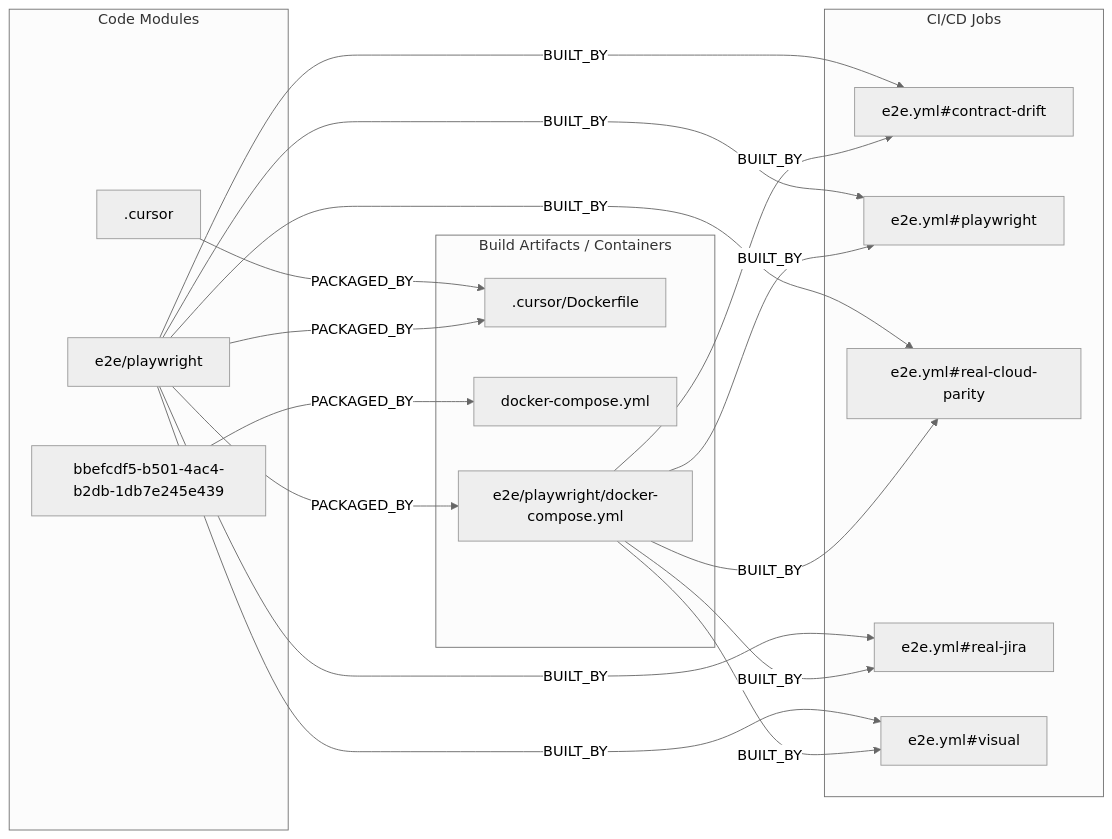
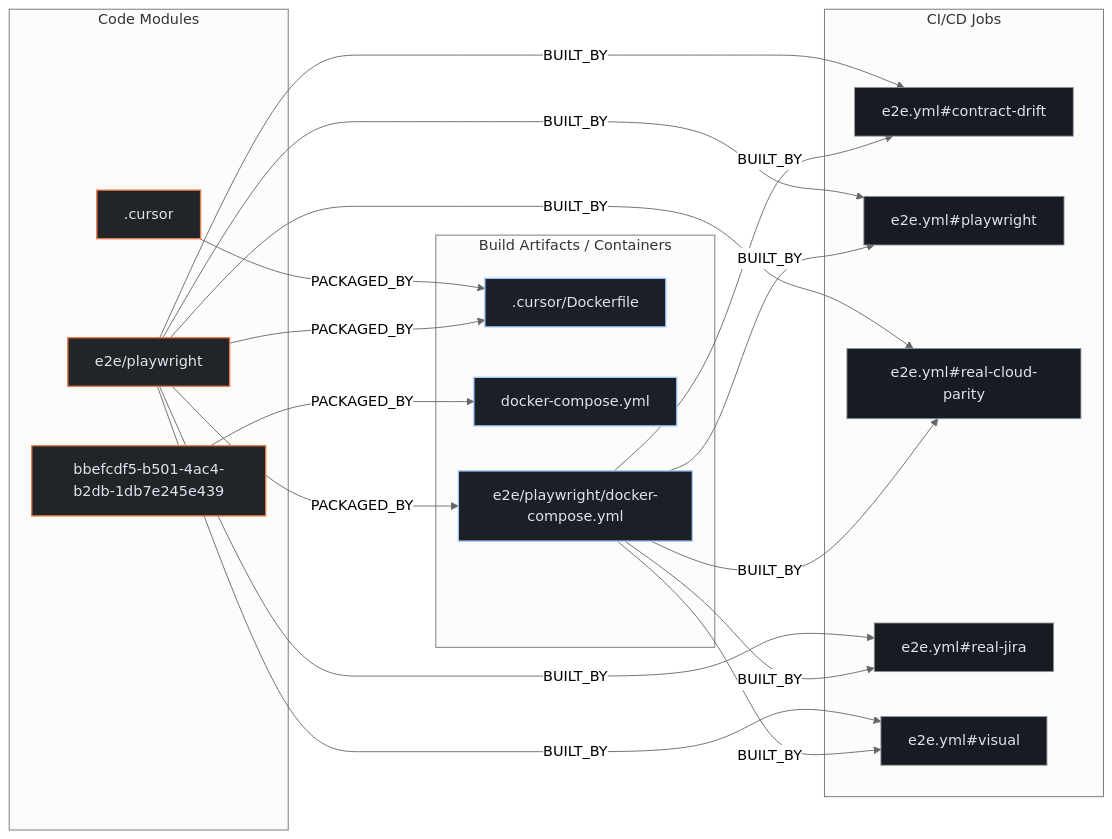
One commit to kumarshaz/atruss-code-atlas changed the second of 3 diagrams in exports/latest/reports/mattermost-mattermost-plugin-jira-report.md. Above: the diagram before and after it, drawn with Mermaid (neutral theme). The commit also changed other lines of this file and 331 other files, not shown here.

Commit message:
docs,ui,fix: update SDLC docs, reorder CI/CD DAG first, stylize Mermaid, and fix Arc42 pipeline topology

````diff
--- a/exports/latest/reports/mattermost-mattermost-plugin-jira-report.md
+++ b/exports/latest/reports/mattermost-mattermost-plugin-jira-report.md
@@ -142,34 +149,38 @@
 ```mermaid
 flowchart LR
+    classDef atlasCategory fill:#212428,stroke:#E87A48,stroke-width:1.5px,color:#dfe3eb
+    classDef atlasWorkflow fill:#1b2026,stroke:#a3c9ff,stroke-width:1.5px,color:#dfe3eb
+    classDef atlasJob fill:#171c22,stroke:#8d9199,stroke-width:1px,color:#dfe3eb
+    classDef atlasTarget fill:#005227,stroke:#8bd99b,stroke-width:1.5px,color:#a7f6b6
     subgraph code_modules["Code Modules"]
-        mod__cursor[".cursor"]
-        mod_bbefcdf5_b501_4ac4_b2db_1db7e245e439["bbefcdf5-b501-4ac4-b2db-1db7e245e439"]
-        mod_e2e_playwright["e2e/playwright"]
+        mod__cursor[".cursor"]:::atlasCategory
+        mod_bbefcdf5_b501_4ac4_b2db_1db7e245e439["bbefcdf5-b501-4ac4-b2db-1db7e245e439"]:::atlasCategory
+        mod_e2e_playwright["e2e/playwright"]:::atlasCategory
     end
     subgraph build_artifacts["Build Artifacts / Containers"]
-        art__cursor_Dockerfile[".cursor/Dockerfile"]
-        art_docker_compose_yml["docker-compose.yml"]
-        art_e2e_playwright_docker_compose_yml["e2e/playwright/docker-compose.yml"]
+        art__cursor_Dockerfile[".cursor/Dockerfile"]:::atlasWorkflow
+        art_docker_compose_yml["docker-compose.yml"]:::atlasWorkflow
+        art_e2e_playwright_docker_compose_yml["e2e/playwright/docker-compose.yml"]:::atlasWorkflow
     end
     subgraph ci_jobs["CI/CD Jobs"]
-        job_e2e_yml_contract_drift["e2e.yml#contract-drift"]
-        job_e2e_yml_playwright["e2e.yml#playwright"]
-        job_e2e_yml_real_cloud_parity["e2e.yml#real-cloud-parity"]
-        job_e2e_yml_real_jira["e2e.yml#real-jira"]
-        job_e2e_yml_visual["e2e.yml#visual"]
+        job_e2e_yml_contract_drift["e2e.yml#contract-drift"]:::atlasJob
+        job_e2e_yml_playwright["e2e.yml#playwright"]:::atlasJob
+        job_e2e_yml_real_cloud_parity["e2e.yml#real-cloud-parity"]:::atlasJob
+        job_e2e_yml_real_jira["e2e.yml#real-jira"]:::atlasJob
+        job_e2e_yml_visual["e2e.yml#visual"]:::atlasJob
     end
     mod__cursor -->|PACKAGED_BY| art__cursor_Dockerfile
     mod_bbefcdf5_b501_4ac4_b2db_1db7e245e439 -->|PACKAGED_BY| art_docker_compose_yml
     mod_e2e_playwright -->|BUILT_BY| job_e2e_yml_contract_drift
     mod_e2e_playwright -->|BUILT_BY| job_e2e_yml_playwright
     mod_e2e_playwright -->|BUILT_BY| job_e2e_yml_real_cloud_parity
     mod_e2e_playwright -->|BUILT_BY| job_e2e_yml_real_jira
     mod_e2e_playwright -->|BUILT_BY| job_e2e_yml_visual
     mod_e2e_playwright -->|PACKAGED_BY| art__cursor_Dockerfile
     mod_e2e_playwright -->|PACKAGED_BY| art_e2e_playwright_docker_compose_yml
     art_e2e_playwright_docker_compose_yml -->|BUILT_BY| job_e2e_yml_contract_drift
     art_e2e_playwright_docker_compose_yml -->|BUILT_BY| job_e2e_yml_playwright
     art_e2e_playwright_docker_compose_yml -->|BUILT_BY| job_e2e_yml_real_cloud_parity
     art_e2e_playwright_docker_compose_yml -->|BUILT_BY| job_e2e_yml_real_jira
     art_e2e_playwright_docker_compose_yml -->|BUILT_BY| job_e2e_yml_visual
 ```
````
